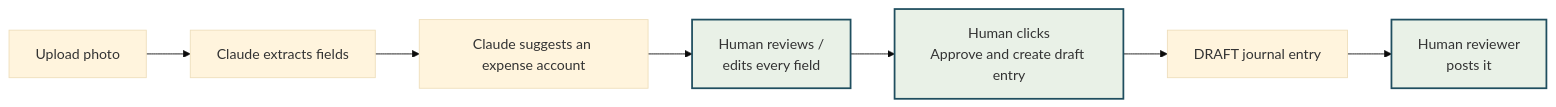
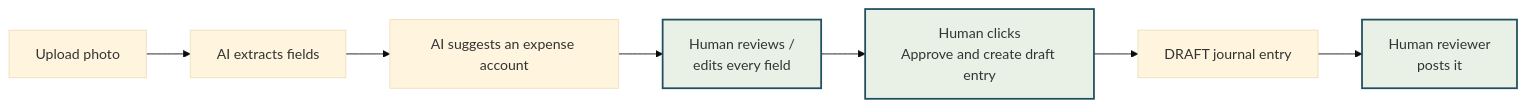
One commit to Addison-Sedudzi/LedgerLine changed the second of 2 diagrams in docs/architecture.md. Above: the diagram before and after it, drawn with Mermaid (base theme). The commit also changed other lines of this file and 54 other files, not shown here.

````diff
--- a/docs/architecture.md
+++ b/docs/architecture.md
@@ -48,13 +48,13 @@
 ```mermaid
 flowchart LR
-    Upload[Upload photo] --> Extract[Claude extracts fields]
-    Extract --> Suggest[Claude suggests an expense account]
+    Upload[Upload photo] --> Extract[AI extracts fields]
+    Extract --> Suggest[AI suggests an expense account]
     Suggest --> Review["Human reviews /\nedits every field"]
     Review --> Approve["Human clicks\nApprove and create draft entry"]
     Approve --> Draft[DRAFT journal entry]
     Draft --> Post["Human reviewer\nposts it"]
 
     style Review fill:#e9f1e7,stroke:#1f4e5f,stroke-width:2px
     style Approve fill:#e9f1e7,stroke:#1f4e5f,stroke-width:2px
     style Post fill:#e9f1e7,stroke:#1f4e5f,stroke-width:2px
 ```
````
